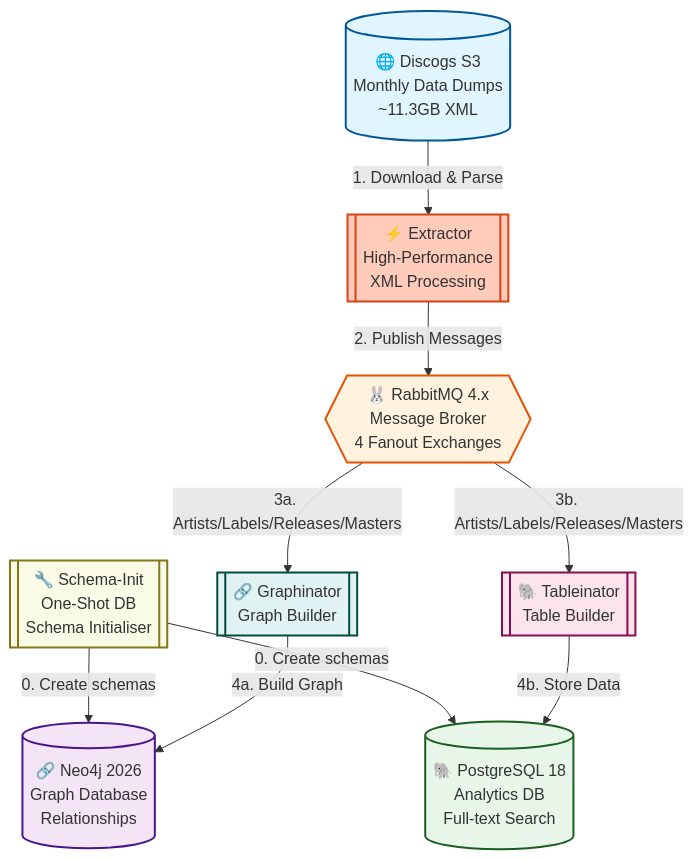
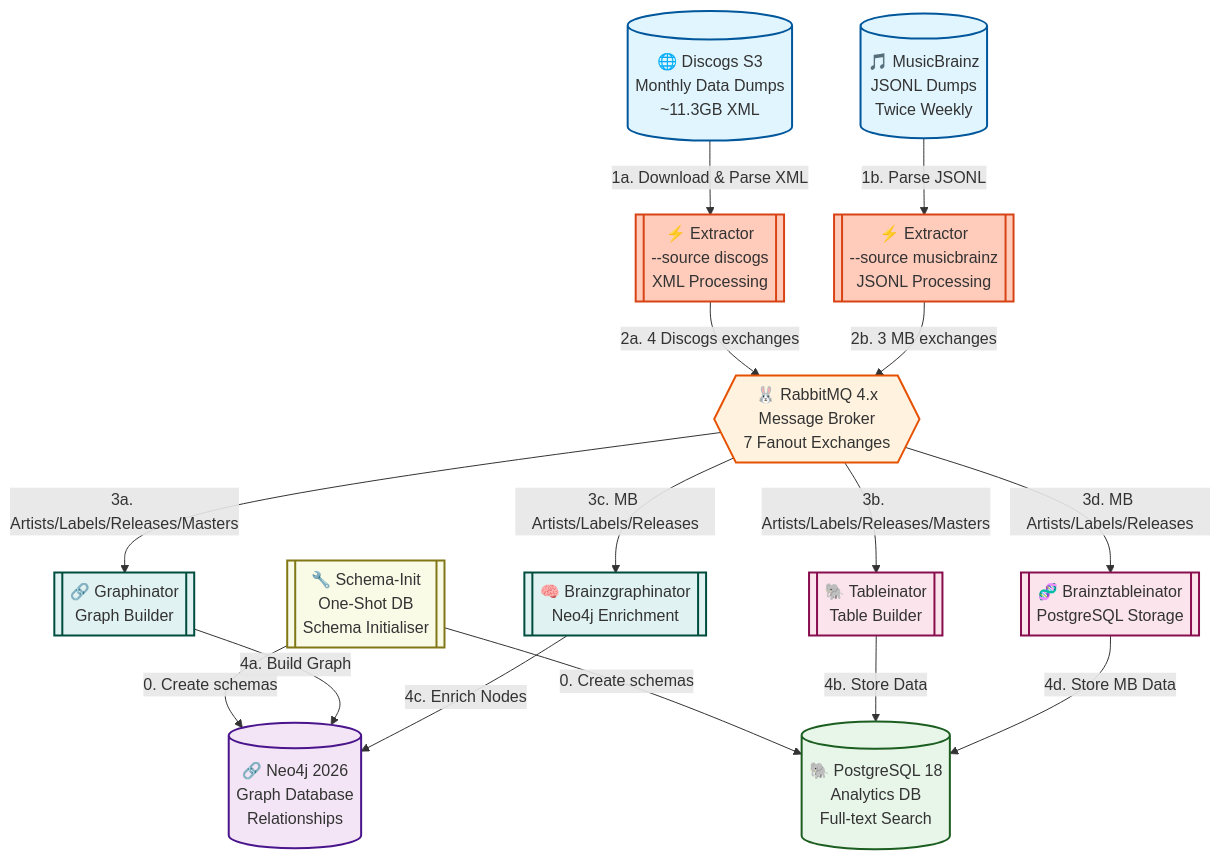
One commit to groovemap-music/deployment changed the first of 6 diagrams in docs/architecture.md. Above: the diagram before and after it, drawn with Mermaid. The commit also changed other lines of this file, not shown here.

First line of the commit message:
docs: MusicBrainz service READMEs, sync guide, and CLAUDE.md updates (#168) (#216)

````diff
--- a/docs/architecture.md
+++ b/docs/architecture.md
@@ -46,29 +53,43 @@
 ```mermaid
 graph TD
     S3[("🌐 Discogs S3<br/>Monthly Data Dumps<br/>~11.3GB XML")]
+    MB[("🎵 MusicBrainz<br/>JSONL Dumps<br/>Twice Weekly")]
     SCHEMA[["🔧 Schema-Init<br/>One-Shot DB<br/>Schema Initialiser"]]
-    EXT[["⚡ Extractor<br/>High-Performance<br/>XML Processing"]]
-    RMQ{{"🐰 RabbitMQ 4.x<br/>Message Broker<br/>4 Fanout Exchanges"}}
+    EXT_D[["⚡ Extractor<br/>--source discogs<br/>XML Processing"]]
+    EXT_MB[["⚡ Extractor<br/>--source musicbrainz<br/>JSONL Processing"]]
+    RMQ{{"🐰 RabbitMQ 4.x<br/>Message Broker<br/>7 Fanout Exchanges"}}
     NEO4J[("🔗 Neo4j 2026<br/>Graph Database<br/>Relationships")]
     PG[("🐘 PostgreSQL 18<br/>Analytics DB<br/>Full-text Search")]
     GRAPH[["🔗 Graphinator<br/>Graph Builder"]]
     TABLE[["🐘 Tableinator<br/>Table Builder"]]
+    BGRAPH[["🧠 Brainzgraphinator<br/>Neo4j Enrichment"]]
+    BTABLE[["🧬 Brainztableinator<br/>PostgreSQL Storage"]]
 
     SCHEMA -->|0. Create schemas| NEO4J
     SCHEMA -->|0. Create schemas| PG
-    S3 -->|1. Download & Parse| EXT
-    EXT -->|2. Publish Messages| RMQ
+    S3 -->|1a. Download & Parse XML| EXT_D
+    MB -->|1b. Parse JSONL| EXT_MB
+    EXT_D -->|2a. 4 Discogs exchanges| RMQ
+    EXT_MB -->|2b. 3 MB exchanges| RMQ
     RMQ -->|3a. Artists/Labels/Releases/Masters| GRAPH
     RMQ -->|3b. Artists/Labels/Releases/Masters| TABLE
+    RMQ -->|3c. MB Artists/Labels/Releases| BGRAPH
+    RMQ -->|3d. MB Artists/Labels/Releases| BTABLE
     GRAPH -->|4a. Build Graph| NEO4J
     TABLE -->|4b. Store Data| PG
+    BGRAPH -->|4c. Enrich Nodes| NEO4J
+    BTABLE -->|4d. Store MB Data| PG
 
     style S3 fill:#e1f5fe,stroke:#01579b,stroke-width:2px
+    style MB fill:#e1f5fe,stroke:#01579b,stroke-width:2px
     style SCHEMA fill:#f9fbe7,stroke:#827717,stroke-width:2px
-    style EXT fill:#ffccbc,stroke:#d84315,stroke-width:2px
+    style EXT_D fill:#ffccbc,stroke:#d84315,stroke-width:2px
+    style EXT_MB fill:#ffccbc,stroke:#d84315,stroke-width:2px
     style RMQ fill:#fff3e0,stroke:#e65100,stroke-width:2px
     style NEO4J fill:#f3e5f5,stroke:#4a148c,stroke-width:2px
     style PG fill:#e8f5e9,stroke:#1b5e20,stroke-width:2px
     style GRAPH fill:#e0f2f1,stroke:#004d40,stroke-width:2px
     style TABLE fill:#fce4ec,stroke:#880e4f,stroke-width:2px
+    style BGRAPH fill:#e0f2f1,stroke:#004d40,stroke-width:2px
+    style BTABLE fill:#fce4ec,stroke:#880e4f,stroke-width:2px
 ```
````
